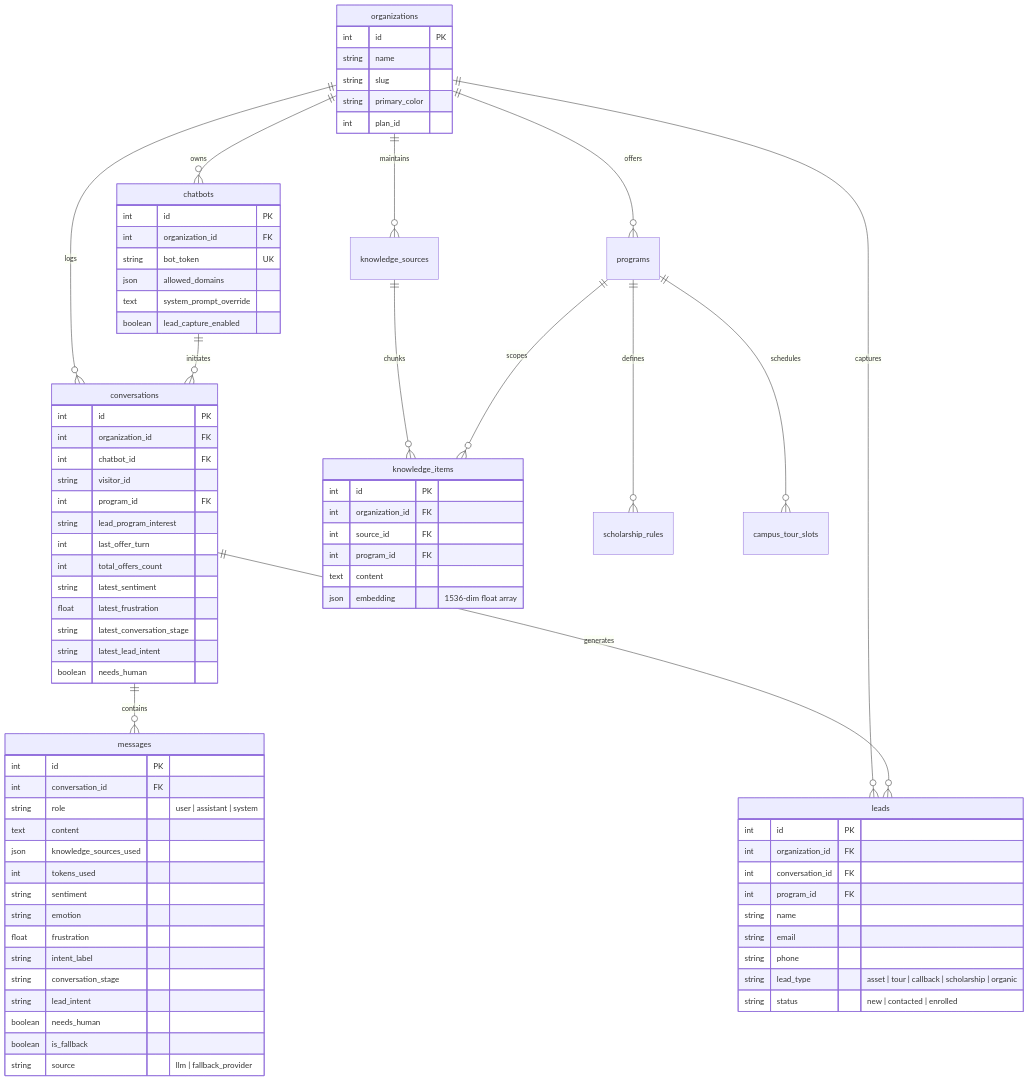
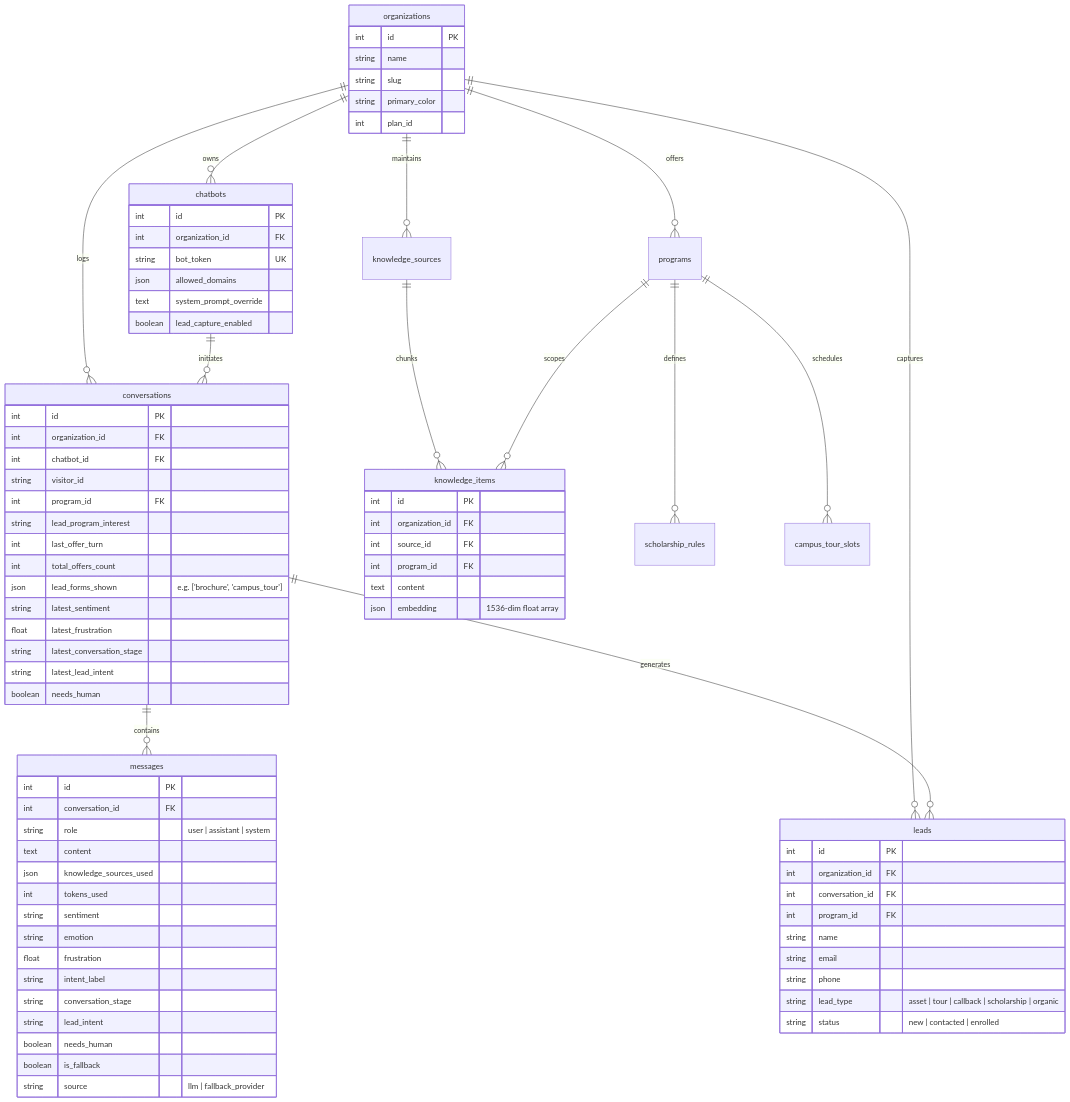
Before and after one commit to salankhalkho/edvora-chat: the sixth of 6 diagrams in architecture_chatbot.md, drawn with Mermaid. The commit also changed other lines of this file, not shown here.

Commit message:
docs: update architecture_chatbot.md with 9-intent admissions workflow

```diff
--- a/architecture_chatbot.md
+++ b/architecture_chatbot.md
@@ -564,6 +577,7 @@
         string lead_program_interest
         int last_offer_turn
         int total_offers_count
+        json lead_forms_shown "e.g. ['brochure', 'campus_tour']"
         string latest_sentiment
         float latest_frustration
         string latest_conversation_stage
```
